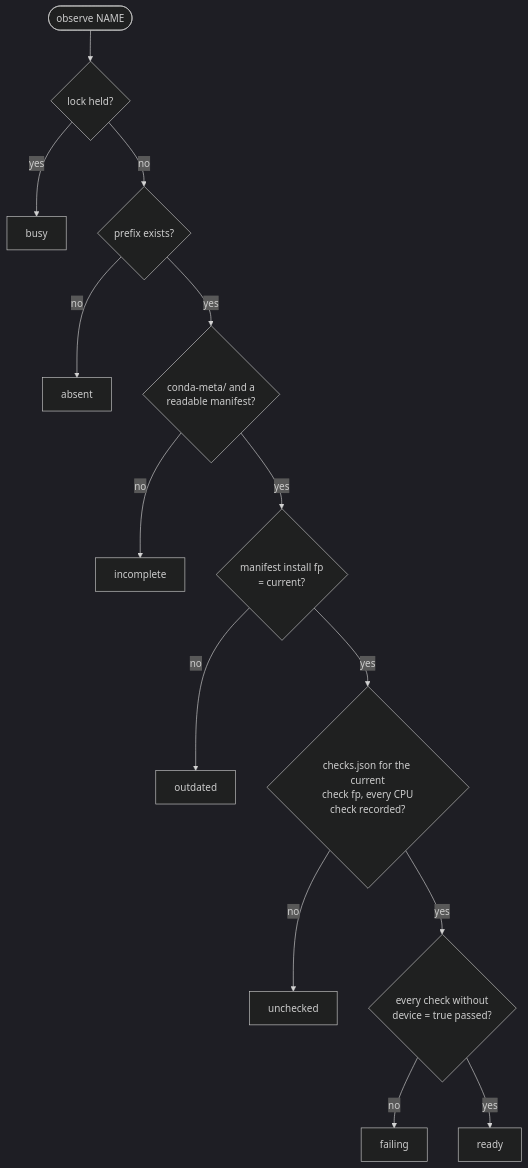
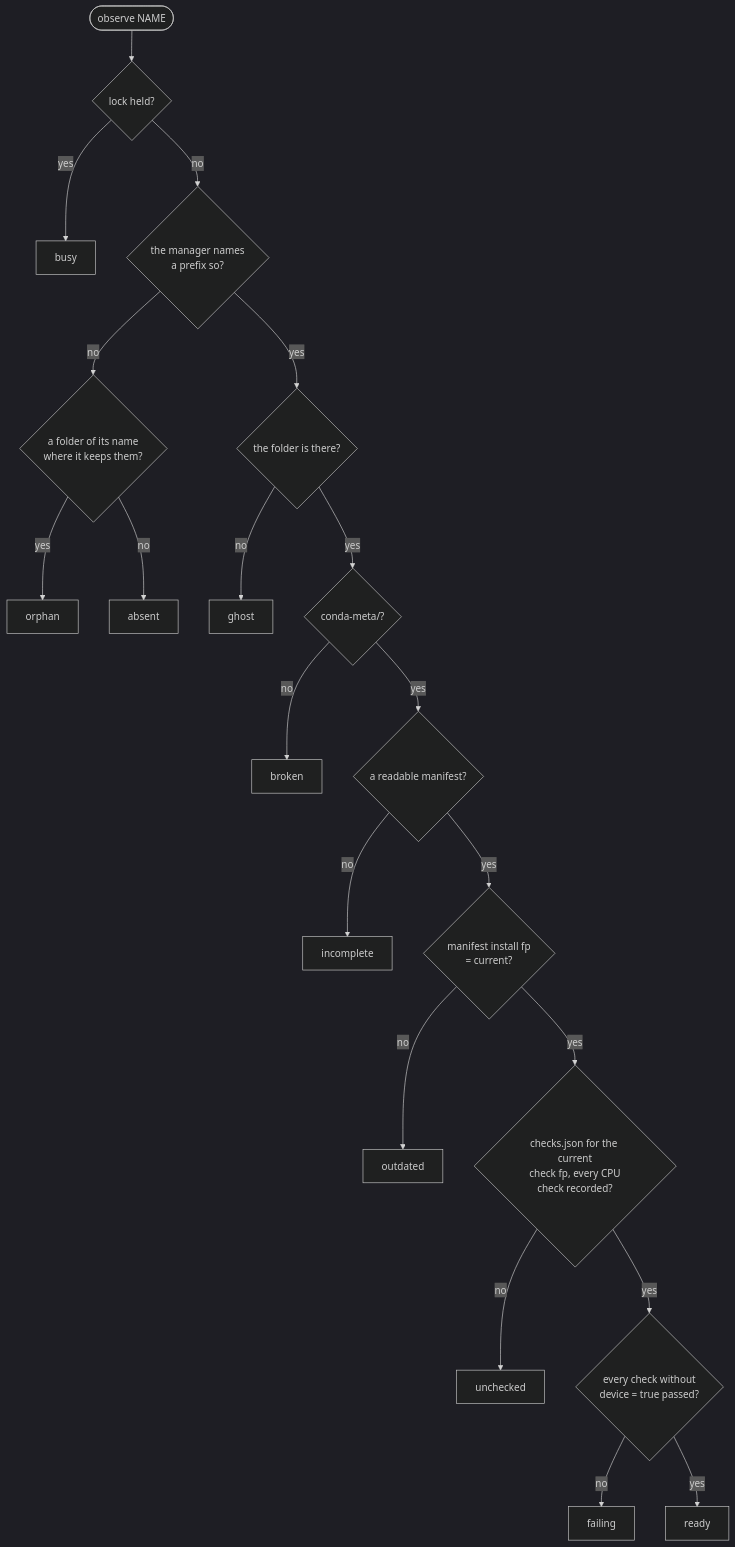
One commit to Qing-LAB/femkit changed the third of 11 diagrams in docs/contracts/envs.md. Above: the diagram before and after it, drawn with Mermaid (dark theme). The commit also changed other lines of this file and 512 other files, not shown here.

````diff
--- a/docs/contracts/envs.md
+++ b/docs/contracts/envs.md
@@ -143,16 +193,22 @@
 ```mermaid
 flowchart TD
     start(["observe NAME"]) --> r1{"lock held?"}
     r1 -->|yes| busy["busy"]
-    r1 -->|no| r2{"prefix exists?"}
-    r2 -->|no| absent["absent"]
-    r2 -->|yes| r3{"conda-meta/ and a<br/>readable manifest?"}
-    r3 -->|no| incomplete["incomplete"]
-    r3 -->|yes| r4{"manifest install fp<br/>= current?"}
-    r4 -->|no| outdated["outdated"]
-    r4 -->|yes| r5{"checks.json for the current<br/>check fp, every CPU<br/>check recorded?"}
-    r5 -->|no| unchecked["unchecked"]
-    r5 -->|yes| r6{"every check without<br/>device = true passed?"}
-    r6 -->|no| failing["failing"]
-    r6 -->|yes| ready["ready"]
+    r1 -->|no| r2{"the manager names<br/>a prefix so?"}
+    r2 -->|no| r2b{"a folder of its name<br/>where it keeps them?"}
+    r2b -->|yes| orphan["orphan"]
+    r2b -->|no| absent["absent"]
+    r2 -->|yes| r4{"the folder is there?"}
+    r4 -->|no| ghost["ghost"]
+    r4 -->|yes| r5{"conda-meta/?"}
+    r5 -->|no| broken["broken"]
+    r5 -->|yes| r6{"a readable manifest?"}
+    r6 -->|no| incomplete["incomplete"]
+    r6 -->|yes| r7{"manifest install fp<br/>= current?"}
+    r7 -->|no| outdated["outdated"]
+    r7 -->|yes| r8{"checks.json for the current<br/>check fp, every CPU<br/>check recorded?"}
+    r8 -->|no| unchecked["unchecked"]
+    r8 -->|yes| r9{"every check without<br/>device = true passed?"}
+    r9 -->|no| failing["failing"]
+    r9 -->|yes| ready["ready"]
 ```
````
